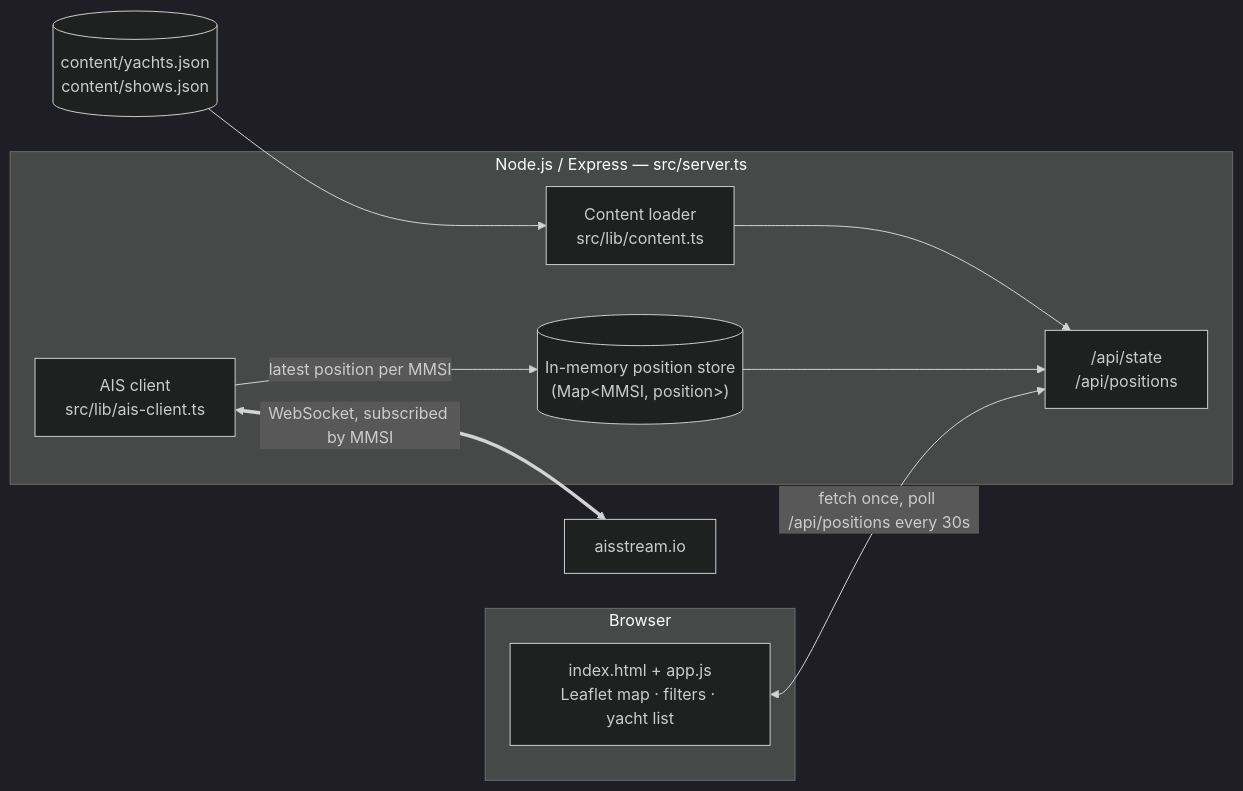
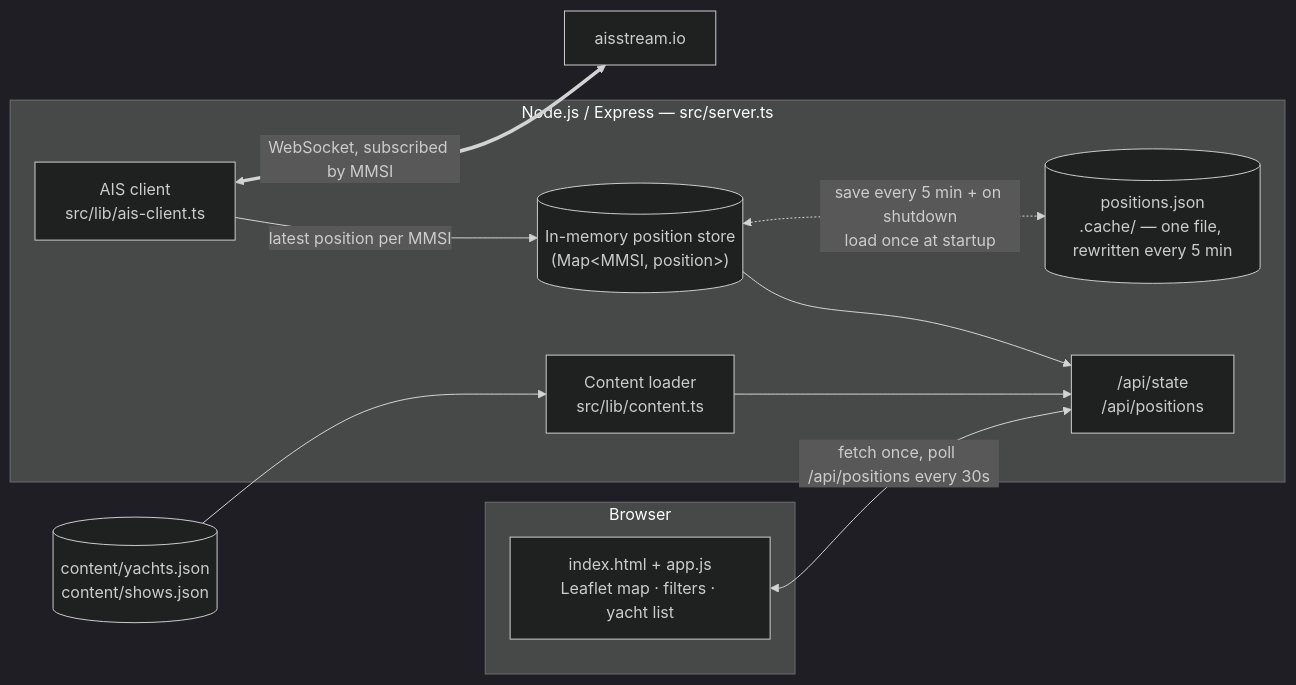
One commit to weldrake13/below-deck-tracker changed the first of 2 diagrams in README.md. Above: the diagram before and after it, drawn with Mermaid (dark theme). The commit also changed other lines of this file and 9 other files, not shown here.

````diff
--- a/README.md
+++ b/README.md
@@ -60,20 +60,22 @@
 ```mermaid
 flowchart LR
     subgraph Browser
         UI["index.html + app.js<br/>Leaflet map · filters · yacht list"]
     end
 
     subgraph Node["Node.js / Express — src/server.ts"]
         API["/api/state\n/api/positions"]
         Store[("In-memory position store\n(Map&lt;MMSI, position&gt;)")]
+        Snapshot[("positions.json\n.cache/ — one file, rewritten every 5 min")]
         AISClient["AIS client\nsrc/lib/ais-client.ts"]
         Content["Content loader\nsrc/lib/content.ts"]
     end
 
     Files[("content/yachts.json\ncontent/shows.json")] --> Content
     Content --> API
     Store --> API
     AISClient -->|"latest position per MMSI"| Store
+    Store <-.->|"save every 5 min + on shutdown\nload once at startup"| Snapshot
     UI <-->|"fetch once, poll /api/positions every 30s"| API
     AISClient <==>|"WebSocket, subscribed by MMSI"| AIS["aisstream.io"]
 ```
````
